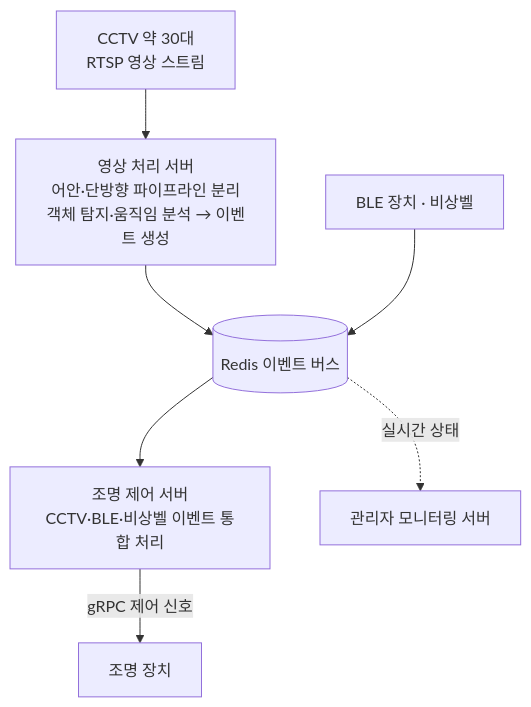
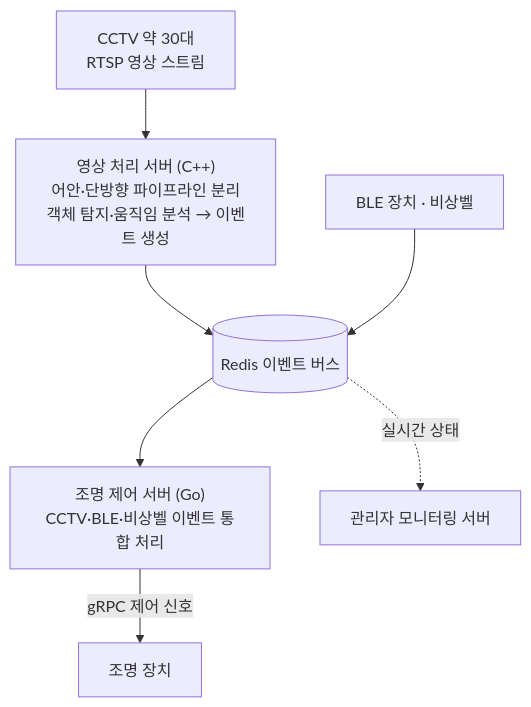
One commit to donghyeon99/donghyeon99.github.io changed the diagram in _projects/smart-parking-system.md. Above: the diagram before and after it, drawn with Mermaid. The commit also changed other lines of this file and 3 other files, not shown here.

````diff
--- a/_projects/smart-parking-system.md
+++ b/_projects/smart-parking-system.md
@@ -36,9 +36,9 @@
 ```mermaid
 flowchart TD
-  CAM["CCTV 약 30대<br/>RTSP 영상 스트림"] --> VID["영상 처리 서버<br/>어안·단방향 파이프라인 분리<br/>객체 탐지·움직임 분석 → 이벤트 생성"]
+  CAM["CCTV 약 30대<br/>RTSP 영상 스트림"] --> VID["영상 처리 서버 (C++)<br/>어안·단방향 파이프라인 분리<br/>객체 탐지·움직임 분석 → 이벤트 생성"]
   VID --> BUS[("Redis 이벤트 버스")]
   BLE["BLE 장치 · 비상벨"] --> BUS
-  BUS --> CTRL["조명 제어 서버<br/>CCTV·BLE·비상벨 이벤트 통합 처리"]
+  BUS --> CTRL["조명 제어 서버 (Go)<br/>CCTV·BLE·비상벨 이벤트 통합 처리"]
   CTRL -->|"gRPC 제어 신호"| DEV["조명 장치"]
   BUS -.->|"실시간 상태"| MON["관리자 모니터링 서버"]
 ```
````
